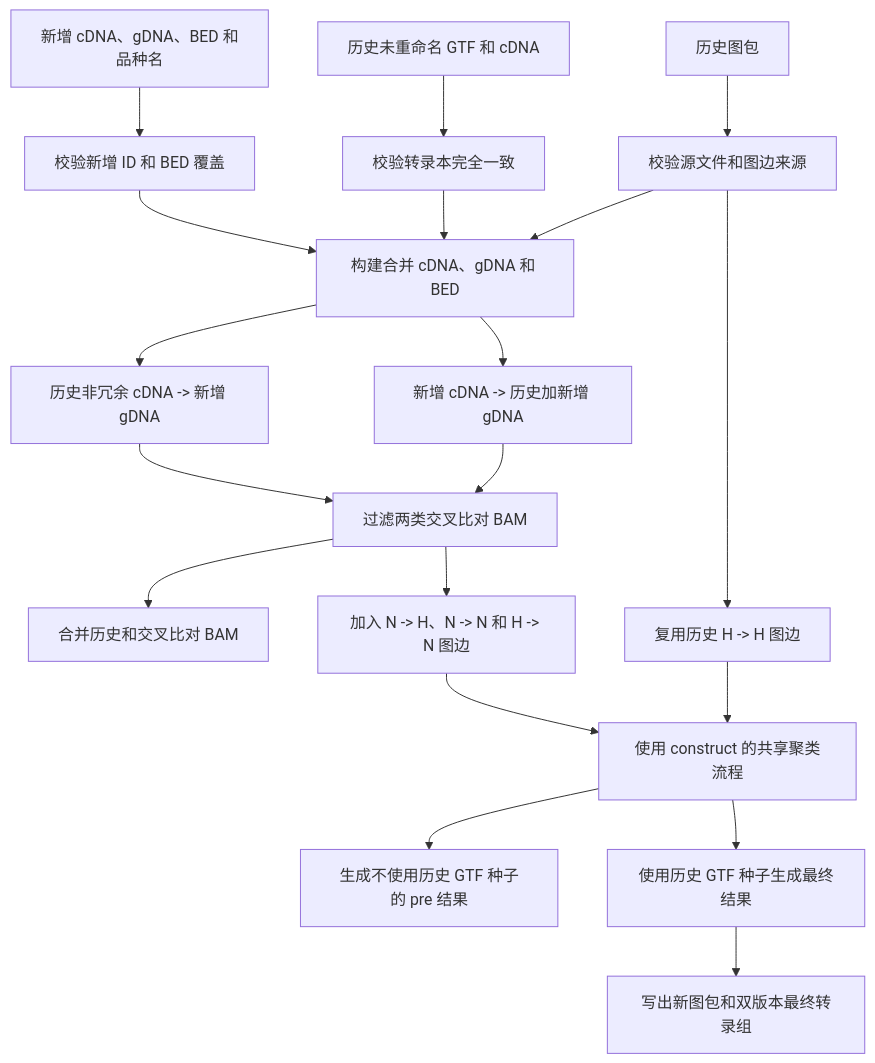
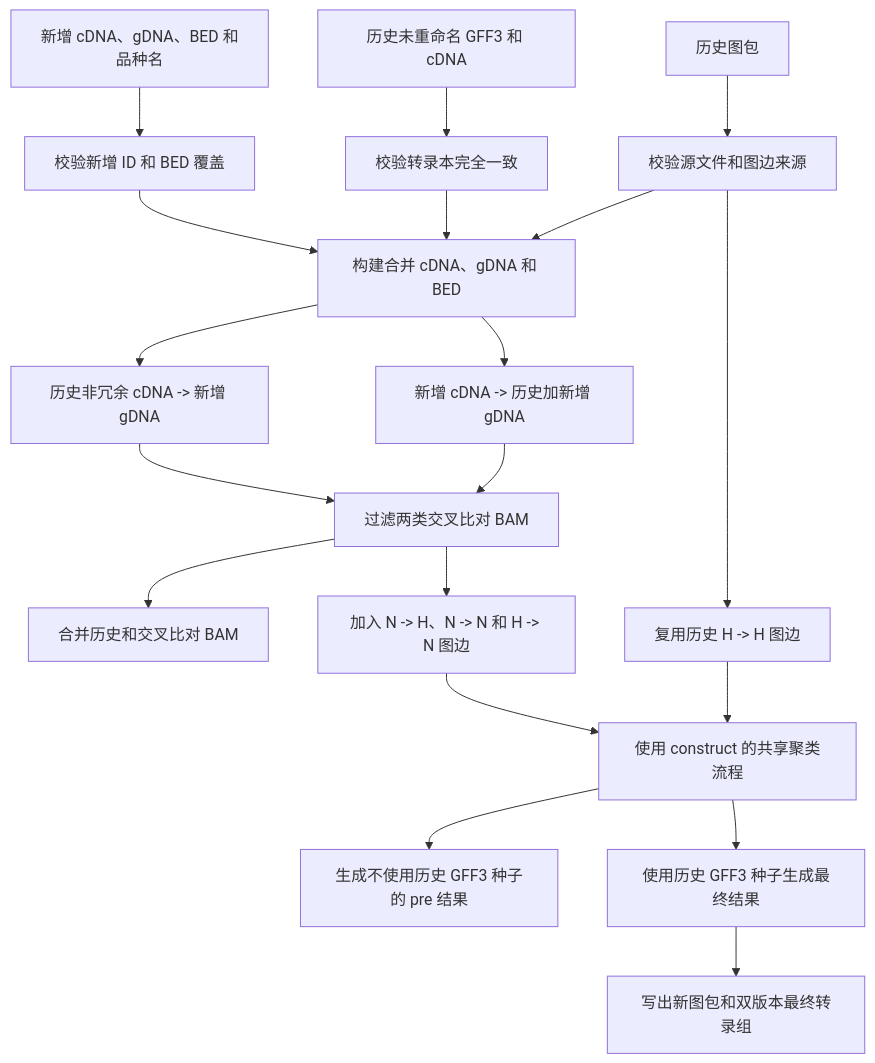
The second of 2 diagrams in BUILDING_PROCESS.zh-CN.md (changQing111/PanTrans), drawn with Mermaid before and after one commit. The commit also changed other lines of this file and 26 other files, not shown here.

````diff
--- a/BUILDING_PROCESS.zh-CN.md
+++ b/BUILDING_PROCESS.zh-CN.md
@@ -192,21 +196,21 @@
 ```mermaid
 flowchart TD
     A["历史图包"] --> B["校验源文件和图边来源"]
-    C["历史未重命名 GTF 和 cDNA"] --> D["校验转录本完全一致"]
+    C["历史未重命名 GFF3 和 cDNA"] --> D["校验转录本完全一致"]
     E["新增 cDNA、gDNA、BED 和品种名"] --> F["校验新增 ID 和 BED 覆盖"]
     B --> G["构建合并 cDNA、gDNA 和 BED"]
     D --> G
     F --> G
     G --> H["新增 cDNA -> 历史加新增 gDNA"]
     G --> I["历史非冗余 cDNA -> 新增 gDNA"]
     H --> J["过滤两类交叉比对 BAM"]
     I --> J
     J --> K["合并历史和交叉比对 BAM"]
     B --> L["复用历史 H -> H 图边"]
     J --> M["加入 N -> H、N -> N 和 H -> N 图边"]
     L --> N["使用 construct 的共享聚类流程"]
     M --> N
-    N --> O["生成不使用历史 GTF 种子的 pre 结果"]
-    N --> P["使用历史 GTF 种子生成最终结果"]
+    N --> O["生成不使用历史 GFF3 种子的 pre 结果"]
+    N --> P["使用历史 GFF3 种子生成最终结果"]
     P --> Q["写出新图包和双版本最终转录组"]
 ```
````
